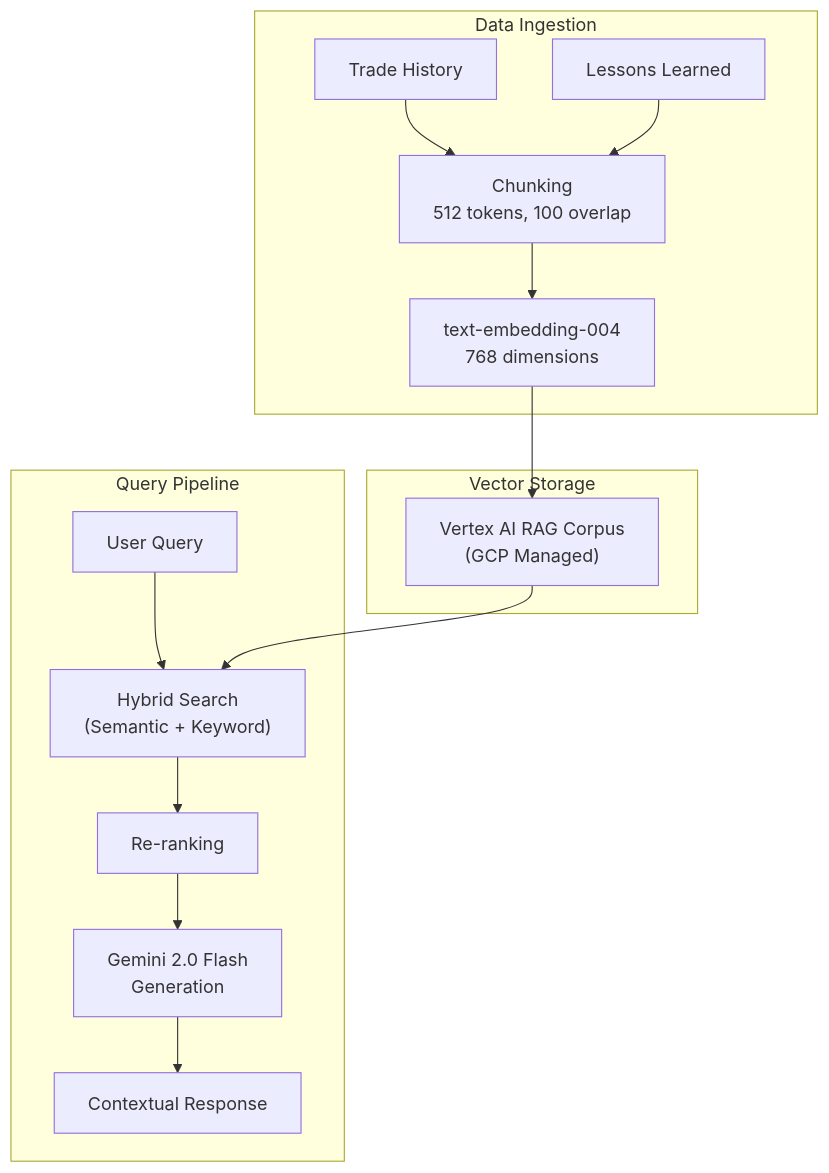
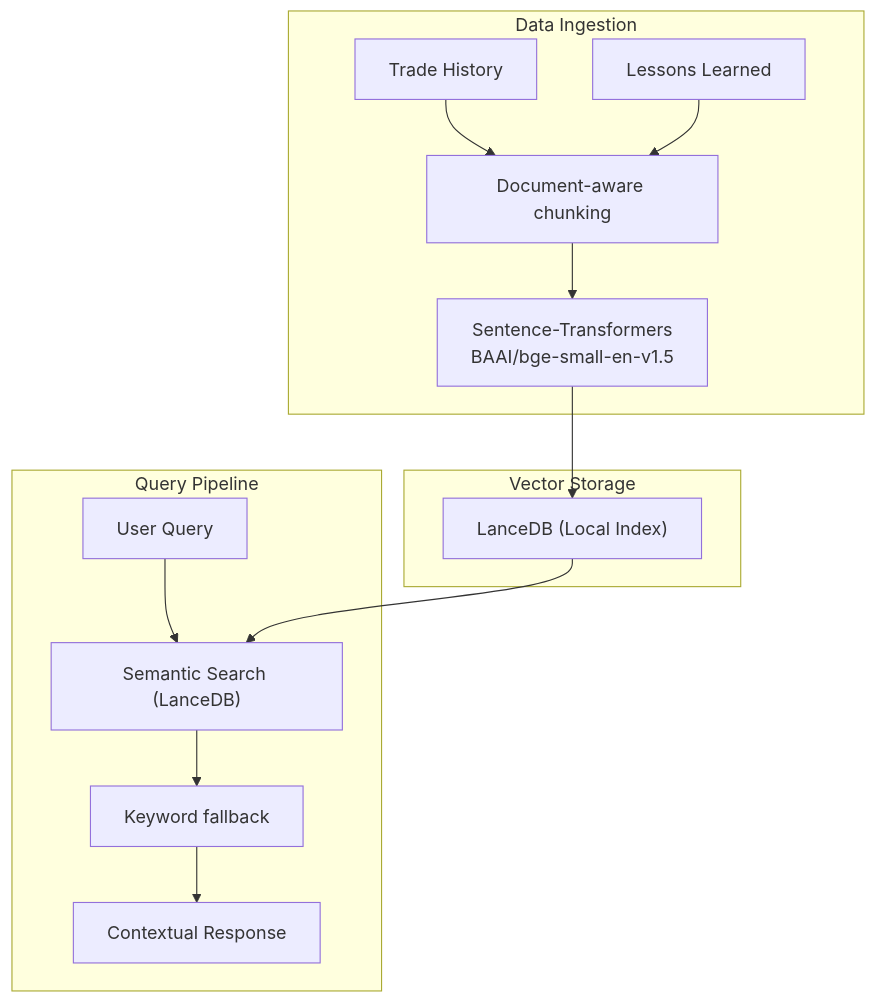
Before and after one commit to webclinic017/trading-spy-iron-condor: the fourth of 9 diagrams in docs/tech-stack.md, drawn with Mermaid. The commit also changed other lines of this file and 69 other files, not shown here.

Commit message:
LanceDB-first RAG cleanup and deploy updates

```diff
--- a/docs/tech-stack.md
+++ b/docs/tech-stack.md
@@ -174,21 +174,21 @@
 <div class="mermaid">
 flowchart TB
     subgraph Ingestion["Data Ingestion"]
-        TRADES["Trade History"] --> CHUNK["Chunking<br/>512 tokens, 100 overlap"]
+        TRADES["Trade History"] --> CHUNK["Document-aware chunking"]
         LESSONS["Lessons Learned"] --> CHUNK
-        CHUNK --> EMBED["text-embedding-004<br/>768 dimensions"]
+        CHUNK --> EMBED["Sentence-Transformers
+BAAI/bge-small-en-v1.5"]
     end
 
     subgraph Storage["Vector Storage"]
-        EMBED --> CORPUS["Vertex AI RAG Corpus<br/>(GCP Managed)"]
+        EMBED --> CORPUS["LanceDB (Local Index)"]
     end
 
     subgraph Query["Query Pipeline"]
-        QUERY["User Query"] --> RETRIEVAL["Hybrid Search<br/>(Semantic + Keyword)"]
+        QUERY["User Query"] --> RETRIEVAL["Semantic Search (LanceDB)"]
         CORPUS --> RETRIEVAL
-        RETRIEVAL --> RERANK["Re-ranking"]
-        RERANK --> GEMINI["Gemini 2.0 Flash<br/>Generation"]
-        GEMINI --> RESPONSE["Contextual Response"]
+        RETRIEVAL --> FALLBACK["Keyword fallback"]
+        FALLBACK --> RESPONSE["Contextual Response"]
     end
 
 </div>
```
